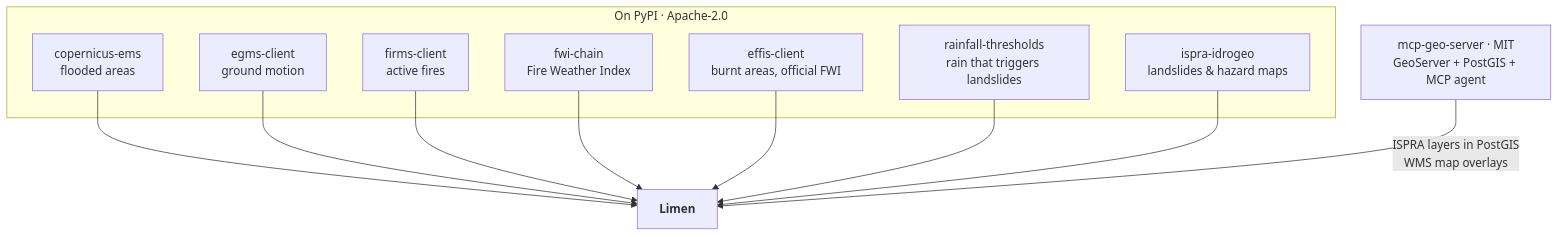
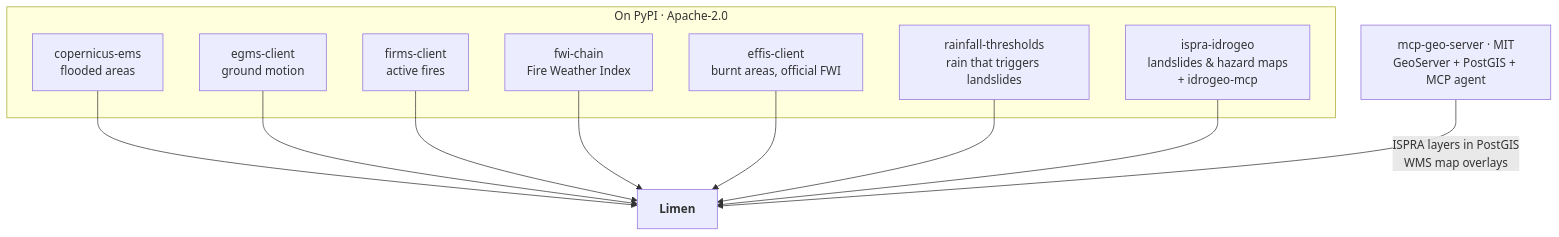
The fourth of 5 diagrams in README.md (agent-engineering-studio/limen), drawn with Mermaid before and after one commit. The commit also changed other lines of this file and 7 other files, not shown here.

First line of the commit message:
docs(wiki): guida e integrazioni allineate al codice, ispra-idrogeo 0.5 nel README

````diff
--- a/README.md
+++ b/README.md
@@ -409,22 +409,22 @@
 ```mermaid
 flowchart TB
     subgraph PyPI["On PyPI · Apache-2.0"]
         CEMS["copernicus-ems<br/>flooded areas"]
         EG["egms-client<br/>ground motion"]
         FC["firms-client<br/>active fires"]
-        ID["ispra-idrogeo<br/>landslides & hazard maps"]
+        ID["ispra-idrogeo<br/>landslides & hazard maps<br/>+ idrogeo-mcp"]
         FWI["fwi-chain<br/>Fire Weather Index"]
         EF["effis-client<br/>burnt areas, official FWI"]
         RT["rainfall-thresholds<br/>rain that triggers landslides"]
     end
     MGS["mcp-geo-server · MIT<br/>GeoServer + PostGIS + MCP agent"]
     L["<b>Limen</b>"]
     CEMS --> L
     EG --> L
     FC --> L
     FWI --> L
     EF --> L
     RT --> L
     ID --> L
     MGS -- "ISPRA layers in PostGIS<br/>WMS map overlays" --> L
 ```
````
